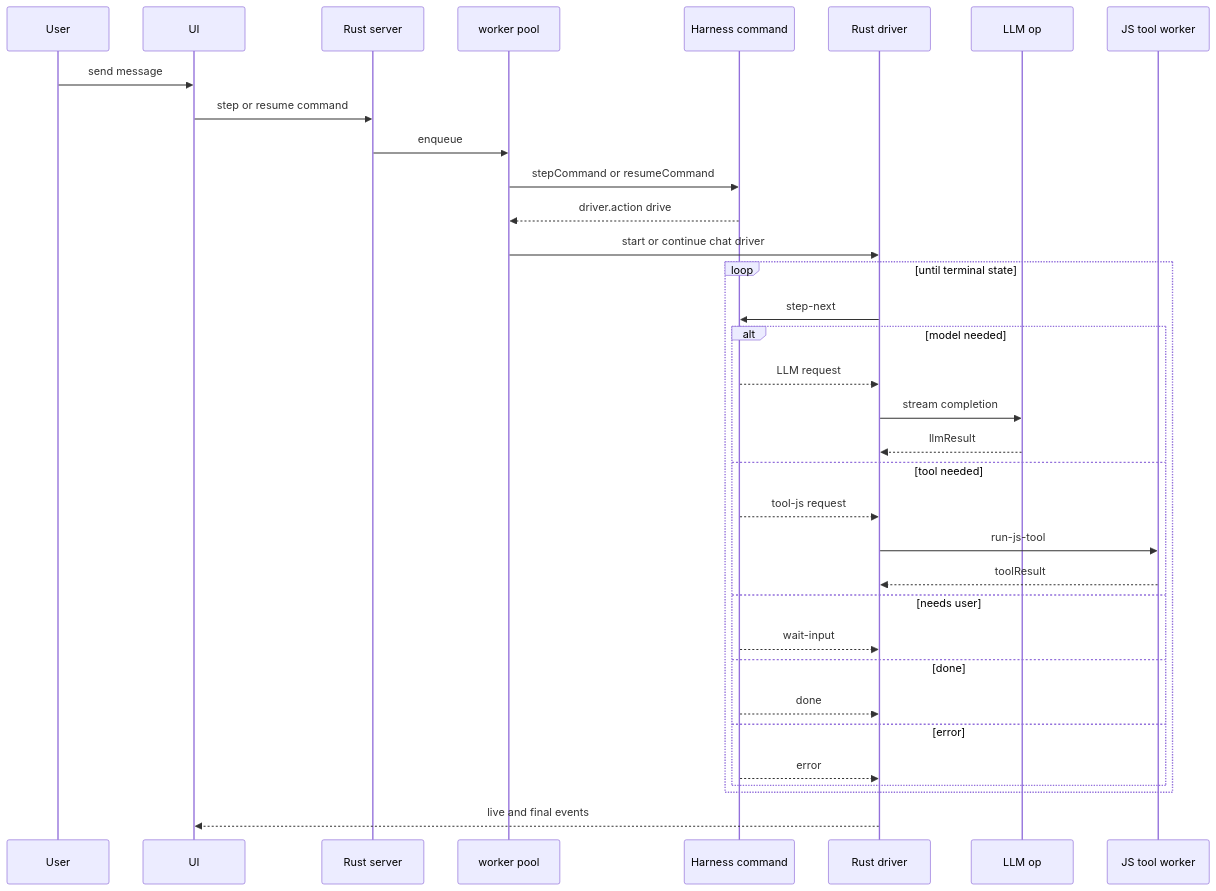
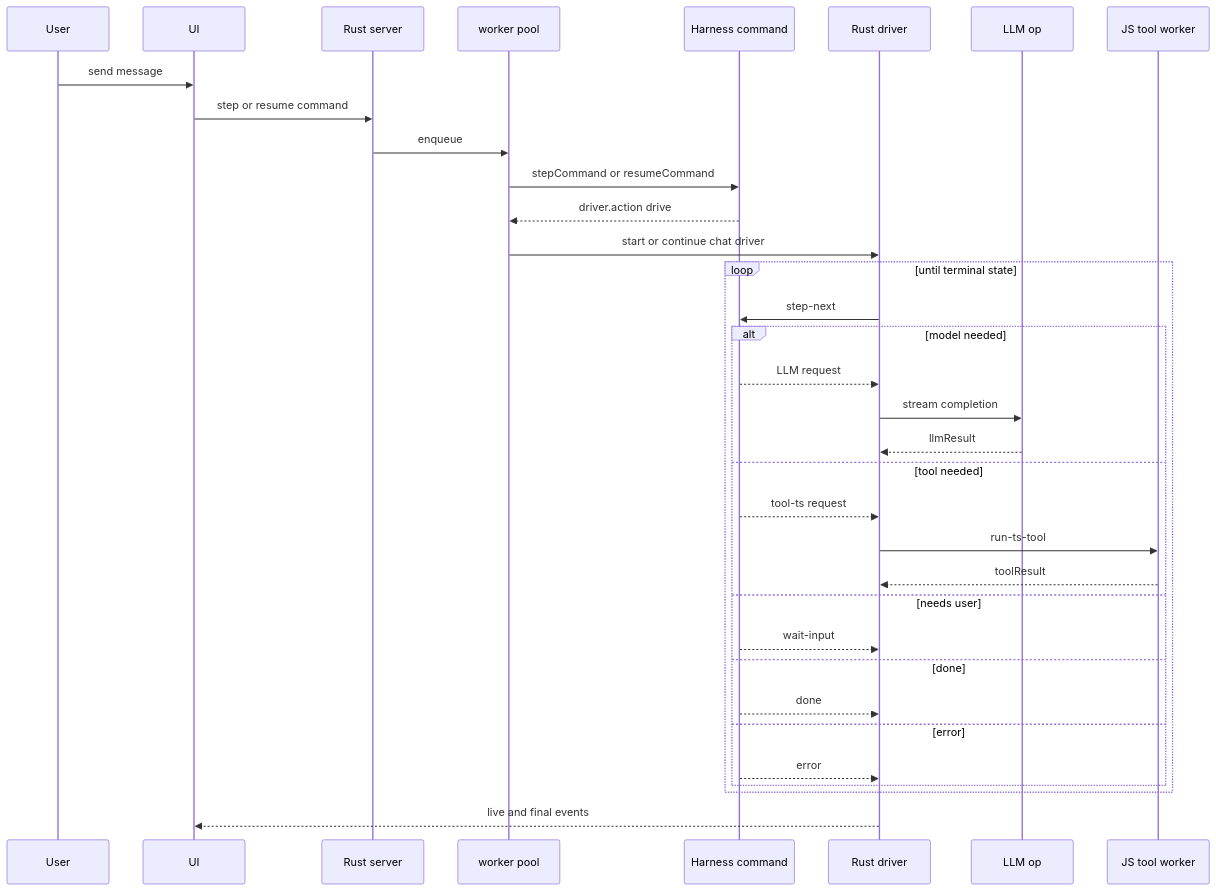
Diagram 12 of 22 in docs/harness-walkthrough.md (pcarrier/moo), drawn with Mermaid before and after one commit. The commit also changed other lines of this file and 104 other files, not shown here.

````diff
--- a/docs/harness-walkthrough.md
+++ b/docs/harness-walkthrough.md
@@ -353,39 +353,39 @@
 ```mermaid
 sequenceDiagram
   participant User
   participant UI
   participant Server as Rust server
   participant Pool as worker pool
   participant Harness as Harness command
   participant Driver as Rust driver
   participant LLM as LLM op
   participant Tool as JS tool worker
 
   User->>UI: send message
   UI->>Server: step or resume command
   Server->>Pool: enqueue
   Pool->>Harness: stepCommand or resumeCommand
   Harness-->>Pool: driver.action drive
   Pool->>Driver: start or continue chat driver
 
   loop until terminal state
     Driver->>Harness: step-next
     alt model needed
       Harness-->>Driver: LLM request
       Driver->>LLM: stream completion
       LLM-->>Driver: llmResult
     else tool needed
-      Harness-->>Driver: tool-js request
-      Driver->>Tool: run-js-tool
+      Harness-->>Driver: tool-ts request
+      Driver->>Tool: run-ts-tool
       Tool-->>Driver: toolResult
     else needs user
       Harness-->>Driver: wait-input
     else done
       Harness-->>Driver: done
     else error
       Harness-->>Driver: error
     end
   end
 
   Driver-->>UI: live and final events
 ```
````
